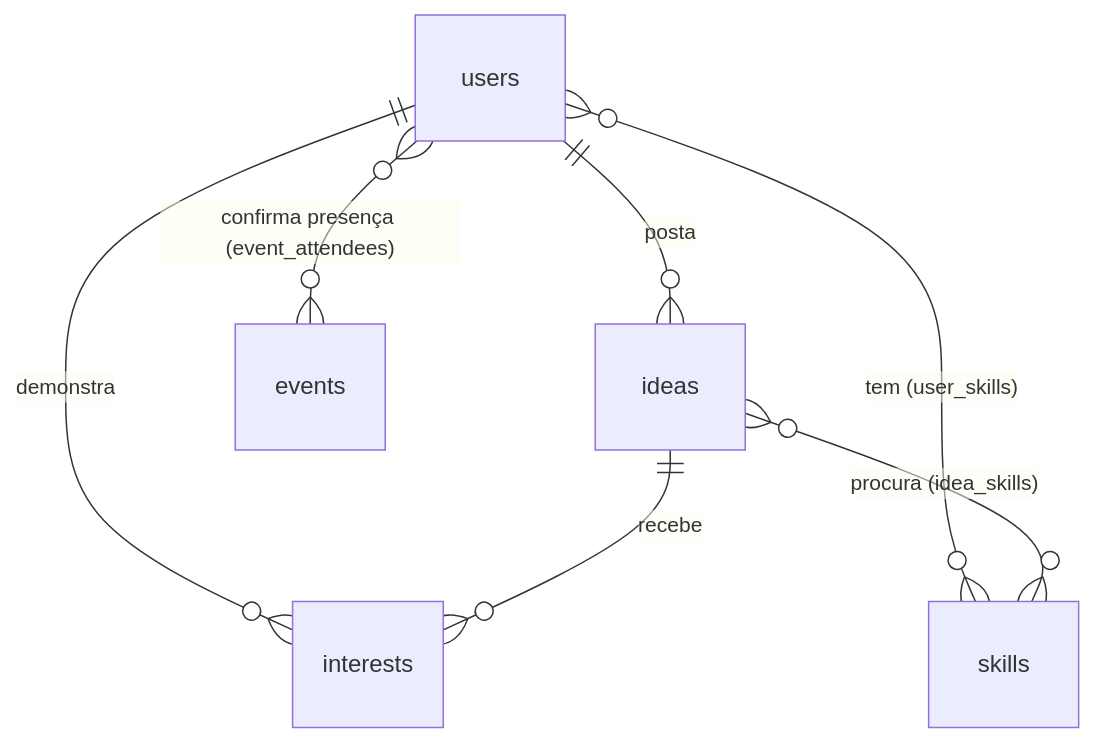
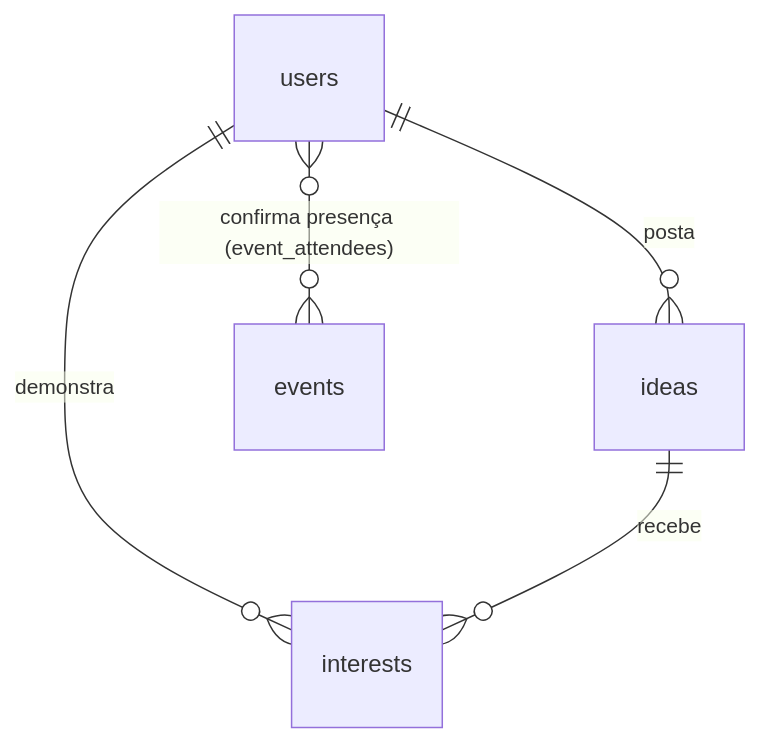
One commit to thisdev-davi/communicate-it changed the second of 2 diagrams in docs/PRD.md. Above: the diagram before and after it, drawn with Mermaid. The commit also changed other lines of this file and 5 other files, not shown here.

````diff
--- a/docs/PRD.md
+++ b/docs/PRD.md
@@ -56,9 +56,7 @@
 ```mermaid
 erDiagram
     users ||--o{ ideas : "posta"
     users ||--o{ interests : "demonstra"
     ideas ||--o{ interests : "recebe"
-    users }o--o{ skills : "tem (user_skills)"
-    ideas }o--o{ skills : "procura (idea_skills)"
     users }o--o{ events : "confirma presença (event_attendees)"
 ```
````
